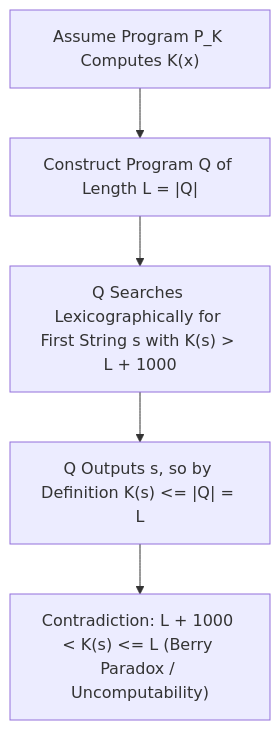
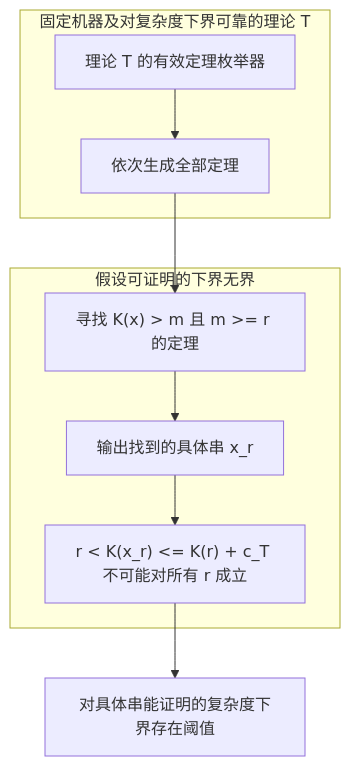
One commit to kenjinote/blog changed the second of 2 diagrams in content/post/kolmogorov-complexity-algorithmic-information-theory-incompressibility-randomness/index.zh-cn.md. Above: the diagram before and after it, drawn with Mermaid. The commit also changed other lines of this file and 13 other files, not shown here.

````diff
--- a/content/post/kolmogorov-complexity-algorithmic-information-theory-incompressibility-randomness/index.zh-cn.md
+++ b/content/post/kolmogorov-complexity-algorithmic-information-theory-incompressibility-randomness/index.zh-cn.md
@@ -76,7 +353,15 @@
 ```mermaid
 flowchart TD
-    A["Assume Program P_K Computes K(x)"] --> B["Construct Program Q of Length L = |Q|"]
-    B --> C["Q Searches Lexicographically for First String s with K(s) > L + 1000"]
-    C --> D["Q Outputs s, so by Definition K(s) <= |Q| = L"]
-    D --> E["Contradiction: L + 1000 < K(s) <= L (Berry Paradox / Uncomputability)"]
+    subgraph FormalSystem["固定机器及对复杂度下界可靠的理论 T"]
+        Axioms["理论 T 的有效定理枚举器"]
+        Enumerator["依次生成全部定理"]
+        Axioms --> Enumerator
+    end
+    subgraph ContradictionLoop["假设可证明的下界无界"]
+        Target["寻找 K(x) > m 且 m >= r 的定理"]
+        Output["输出找到的具体串 x_r"]
+        Clash["r < K(x_r) <= K(r) + c_T 不可能对所有 r 成立"]
+    end
+    Enumerator --> Target --> Output --> Clash
+    Clash --> Conclusion["对具体串能证明的复杂度下界存在阈值"]
 ```
````
